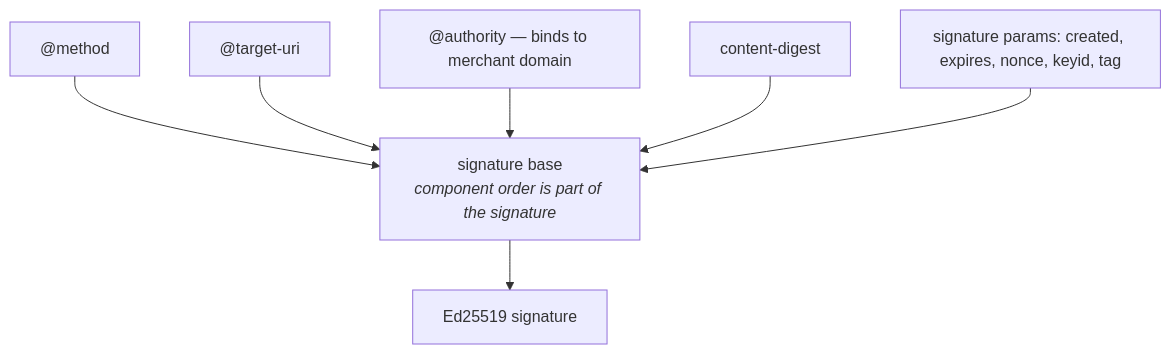
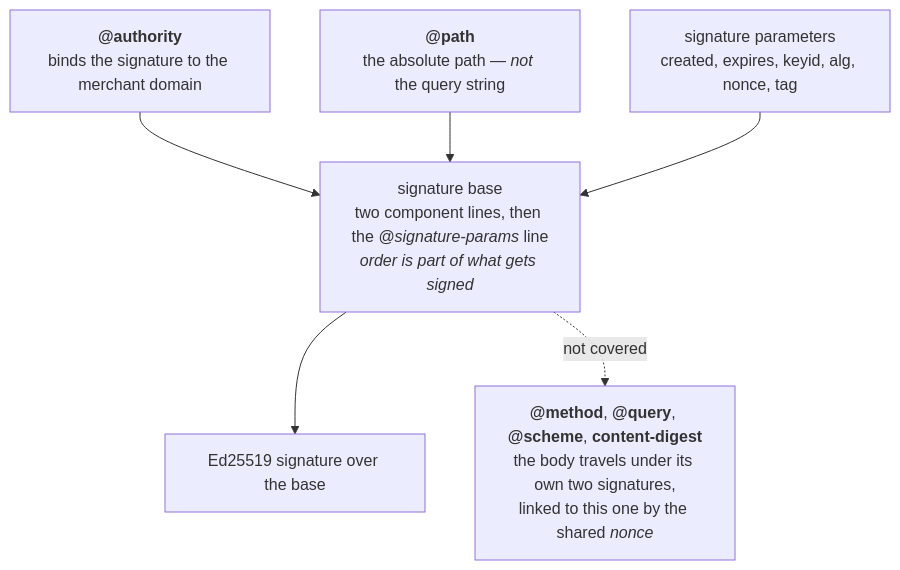
Before and after one commit to SkylinePlatform/agentic-payments: the third of 3 diagrams in docs/protocols/tap.md, drawn with Mermaid. The commit also changed other lines of this file and 2 other files, not shown here.

````diff
--- a/docs/protocols/tap.md
+++ b/docs/protocols/tap.md
@@ -149,11 +279,16 @@
 ```mermaid
 flowchart TB
-    C1["@method"] --> SB
-    C2["@target-uri"] --> SB
-    C3["@authority — binds to merchant domain"] --> SB
-    C4["content-digest"] --> SB
-    C5["signature params: created, expires, nonce, keyid, tag"] --> SB
+    C1["`**@authority**
+    binds the signature to the merchant domain`"] --> SB
+    C2["`**@path**
+    the absolute path — *not* the query string`"] --> SB
+    P["`signature parameters
+    created, expires, keyid, alg, nonce, tag`"] --> SB
     SB["`signature base
-    *component order is part of the signature*`"]
-    SB --> SIG["Ed25519 signature"]
+    two component lines, then the *@signature-params* line
+    *order is part of what gets signed*`"]
+    SB --> SIG["Ed25519 signature over the base"]
+    SB -.->|"not covered"| NC["`**@method**, **@query**, **@scheme**, **content-digest**
+    the body travels under its own two signatures,
+    linked to this one by the shared *nonce*`"]
 ```
````
